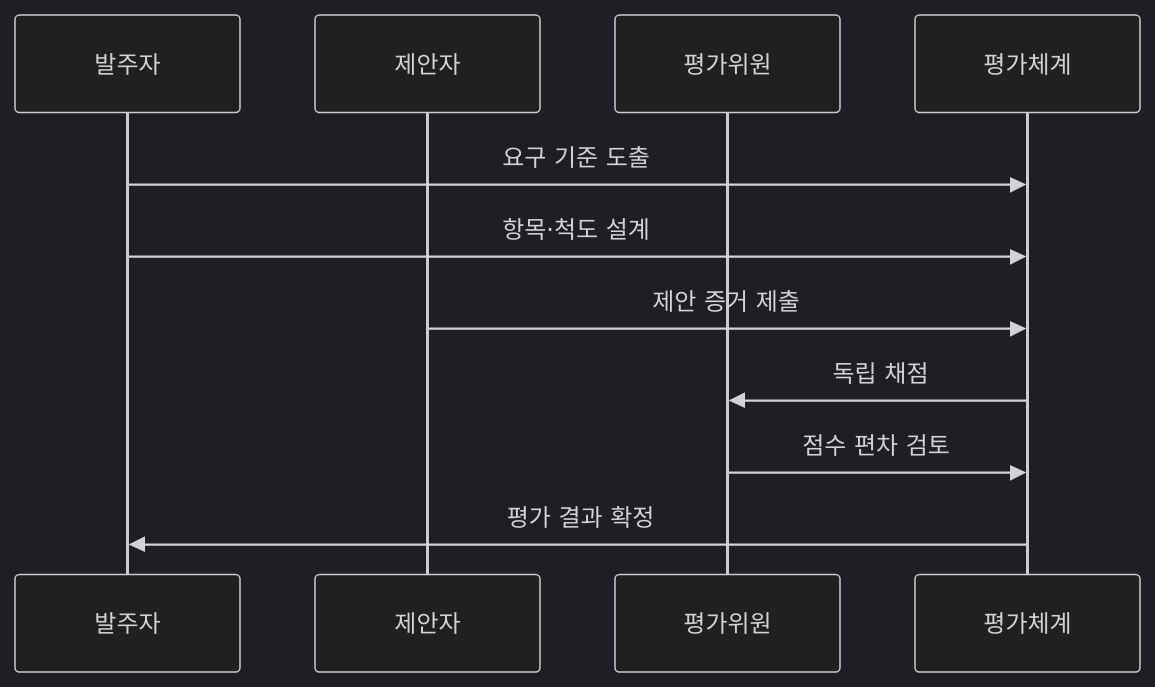
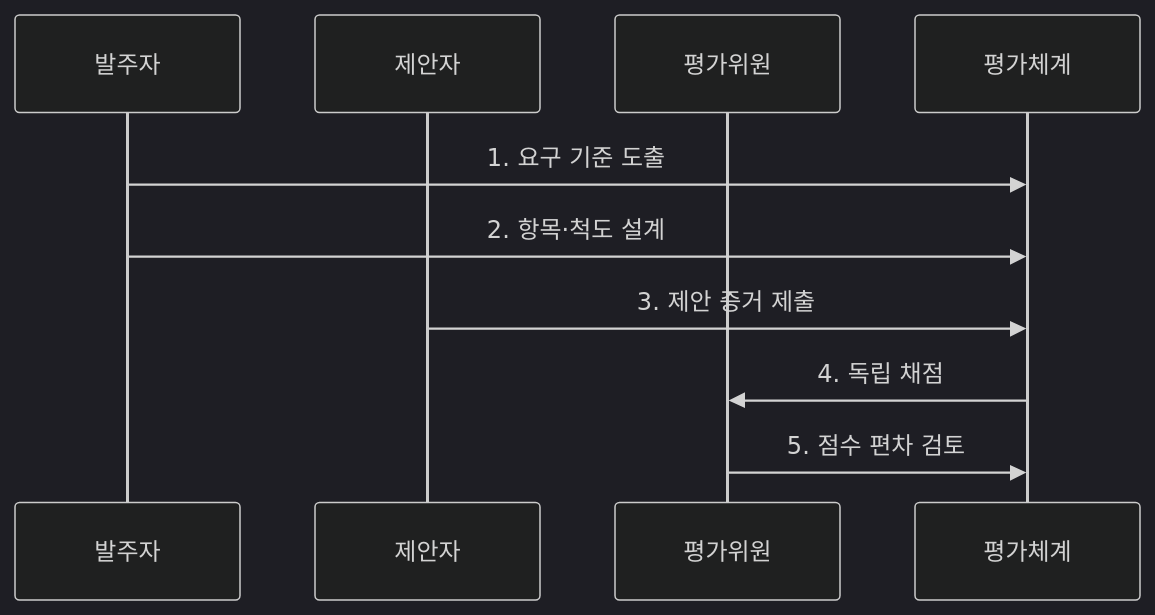
The second of 2 diagrams in src/content/docs/notes/03-software/224_software_technology_evaluation.md (agnusdei1207/knowledge-base), drawn with Mermaid (dark theme) before and after one commit. The commit also changed other lines of this file and 20 other files, not shown here.

````diff
--- a/src/content/docs/notes/03-software/224_software_technology_evaluation.md
+++ b/src/content/docs/notes/03-software/224_software_technology_evaluation.md
@@ -78,13 +82,13 @@
 ```mermaid
 sequenceDiagram
     participant 발주자
     participant 제안자
     participant 평가위원
     participant 평가체계
-    발주자->>평가체계: 요구 기준 도출
-    발주자->>평가체계: 항목·척도 설계
-    제안자->>평가체계: 제안 증거 제출
-    평가체계->>평가위원: 독립 채점
-    평가위원->>평가체계: 점수 편차 검토
-    평가체계->>발주자: 평가 결과 확정
+    발주자->>평가체계: 1. 요구 기준 도출
+    발주자->>평가체계: 2. 항목·척도 설계
+    제안자->>평가체계: 3. 제안 증거 제출
+    평가체계->>평가위원: 4. 독립 채점
+    평가위원->>평가체계: 5. 점수 편차 검토
+
 ```
````
